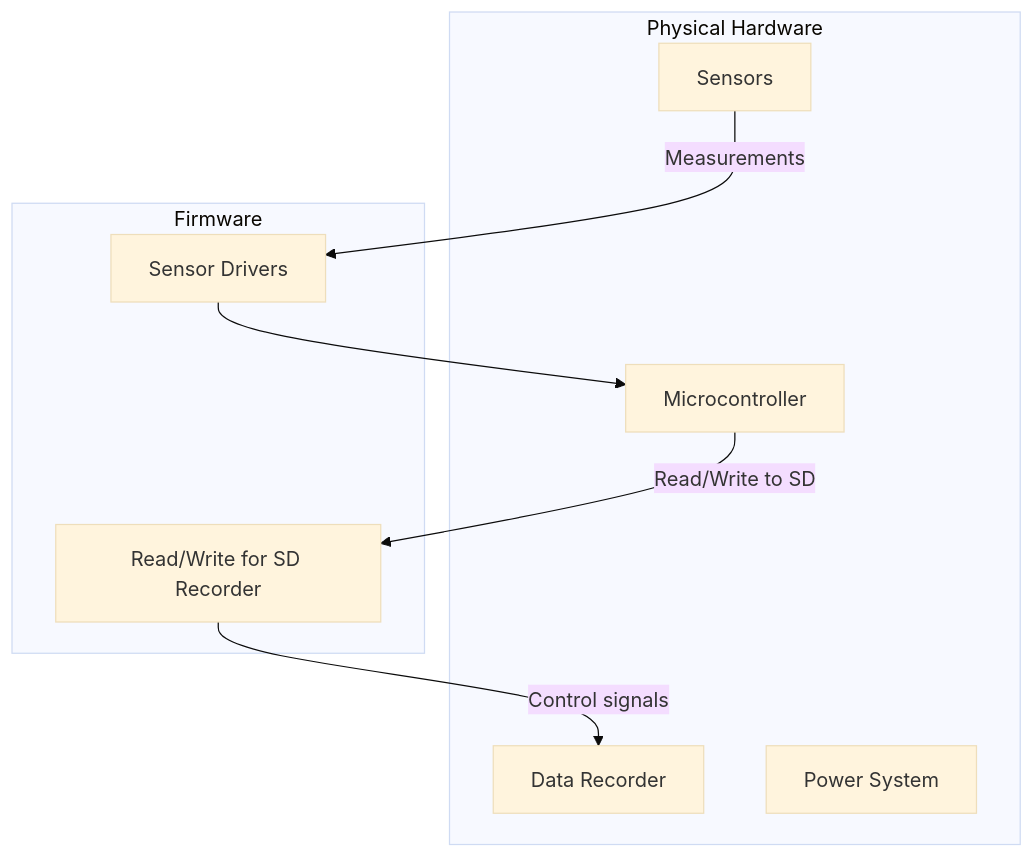
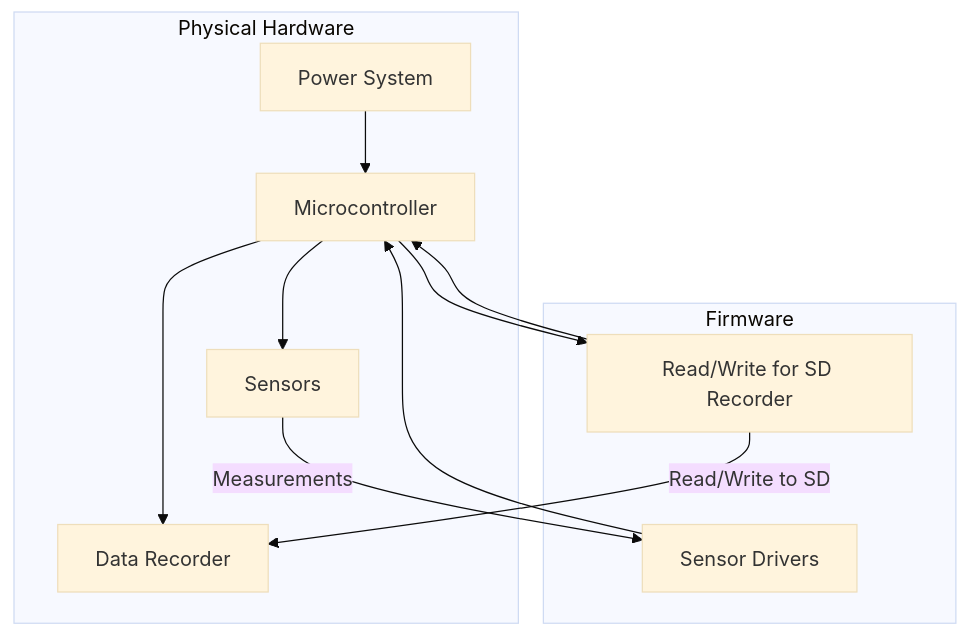
The diagram in README.md (FerretInEmbeddedSystems/Basic-Weather-Balloon-BlackBox), drawn with Mermaid (base theme) before and after one commit.

Commit message:
Update README.md
see if that makes the flow chart look better

````diff
--- a/README.md
+++ b/README.md
@@ -6,19 +6,23 @@
 ```mermaid
 flowchart TB
     subgraph HW["Physical Hardware"]
         MCU["Microcontroller"]
         S["Sensors"]
         DR["Data Recorder"]
         P["Power System"]
     end
 
     subgraph FW["Firmware"]
         SD["Sensor Drivers"]
         RC["Read/Write for SD Recorder"]
     end
 
+    P --> MCU
+    MCU --> S
+    MCU --> DR
     S -->|"Measurements"| SD
     SD --> MCU
-    MCU --> |"Read/Write to SD"|RC
-    RC -->|"Control signals"| DR
+    MCU --> RC
+    RC --> MCU
+    RC -->|"Read/Write to SD"| DR
 ```
````
